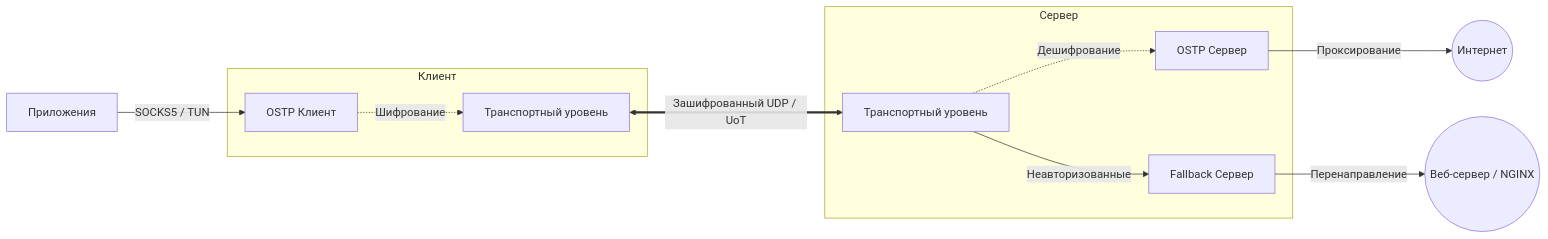
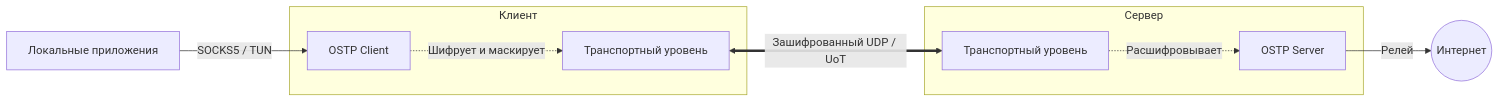
The diagram in README.ru.md (POSTiGA1/Tunnel-OSTP), drawn with Mermaid before and after one commit. The commit also changed other lines of this file and 11 other files, not shown here.

````diff
--- a/README.ru.md
+++ b/README.ru.md
@@ -37,18 +39,16 @@
 ```mermaid
 flowchart LR
-    Apps[Приложения] -->|SOCKS5 / TUN| CoreC
+    Apps[Локальные приложения] -->|SOCKS5 / TUN| CoreC
 
     subgraph Client [Клиент]
-        CoreC[OSTP Клиент] -.->|Шифрование| NetC[Транспортный уровень]
+        CoreC[OSTP Client] -.->|Шифрует и маскирует| NetC[Транспортный уровень]
     end
 
     NetC <==>|Зашифрованный UDP / UoT| NetS
 
     subgraph Server [Сервер]
-        NetS[Транспортный уровень] -.->|Дешифрование| CoreS[OSTP Сервер]
-        NetS -->|Неавторизованные| Fallback[Fallback Сервер]
+        NetS[Транспортный уровень] -.->|Расшифровывает| CoreS[OSTP Server]
     end
 
-    CoreS -->|Проксирование| WWW((Интернет))
-    Fallback -->|Перенаправление| Web((Веб-сервер / NGINX))
+    CoreS -->|Релей| WWW((Интернет))
 ```
````
